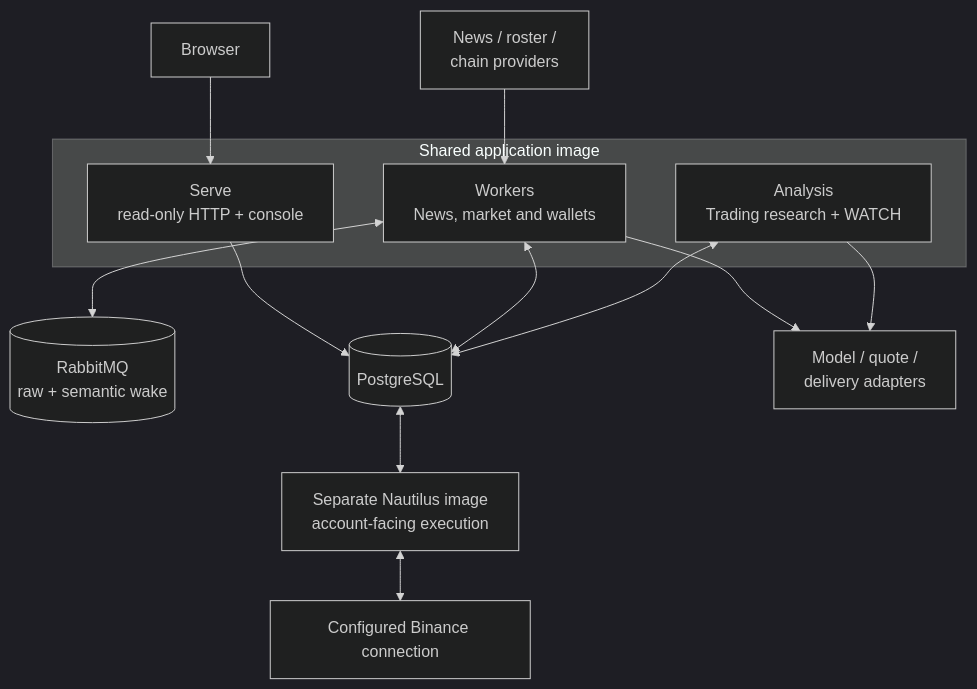
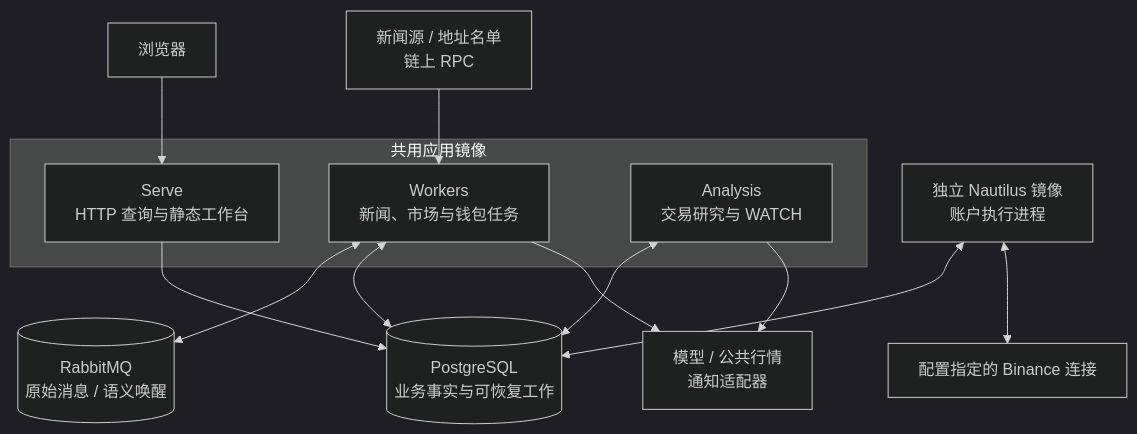
The first of 4 diagrams in docs/ARCHITECTURE.md (AnalyThothAI/tracefold), drawn with Mermaid (dark theme) before and after one commit. The commit also changed other lines of this file and 28 other files, not shown here.

````diff
--- a/docs/ARCHITECTURE.md
+++ b/docs/ARCHITECTURE.md
@@ -13,18 +11,18 @@
 ```mermaid
 flowchart TB
-    Browser["Browser"] --> Serve
-    Providers["News / roster /<br/>chain providers"] --> Workers
-    subgraph Application["Shared application image"]
-        Serve["Serve<br/>read-only HTTP + console"]
-        Workers["Workers<br/>News, market and wallets"]
-        Analysis["Analysis<br/>Trading research + WATCH"]
+    Browser["浏览器"] --> Serve
+    Providers["新闻源 / 地址名单<br/>链上 RPC"] --> Workers
+    subgraph Application["共用应用镜像"]
+        Serve["Serve<br/>HTTP 查询与静态工作台"]
+        Workers["Workers<br/>新闻、市场与钱包任务"]
+        Analysis["Analysis<br/>交易研究与 WATCH"]
     end
-    Workers <--> Broker[("RabbitMQ<br/>raw + semantic wake")]
-    Serve --> DB[("PostgreSQL")]
+    Workers <--> Broker[("RabbitMQ<br/>原始消息 / 语义唤醒")]
+    Serve --> DB[("PostgreSQL<br/>业务事实与可恢复工作")]
     Workers <--> DB
     Analysis <--> DB
-    Workers --> External["Model / quote /<br/>delivery adapters"]
-    Analysis --> External
-    DB <--> Runtime["Separate Nautilus image<br/>account-facing execution"]
-    Runtime <--> Venue["Configured Binance connection"]
+    Workers --> Model["模型 / 公共行情<br/>通知适配器"]
+    Analysis --> Model
+    Runtime["独立 Nautilus 镜像<br/>账户执行进程"] <--> DB
+    Runtime <--> Venue["配置指定的 Binance 连接"]
 ```
````
